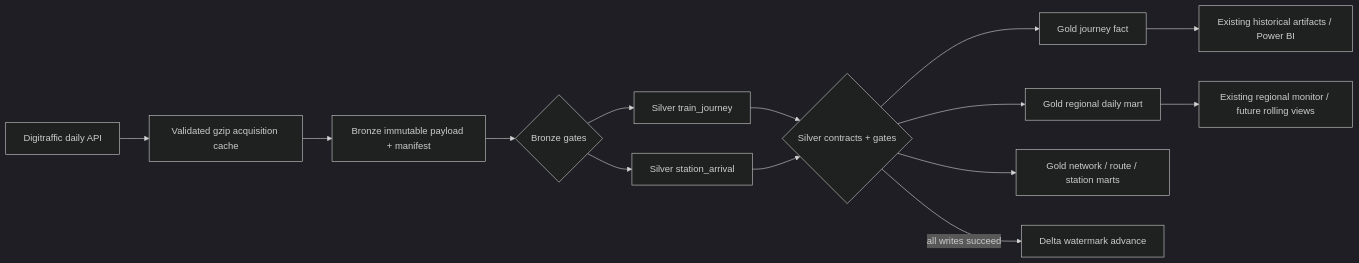
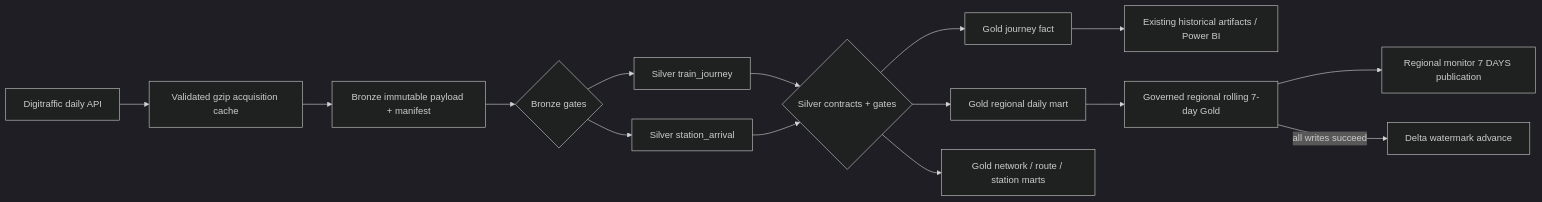
Before and after one commit to Sintagmatarches/applied-ai-lab: the diagram in docs/rail/data-platform.md, drawn with Mermaid (dark theme). The commit also changed other lines of this file and 41 other files, not shown here.

Commit message:
feat(rail): govern regional operations and rolling 7d

````diff
--- a/docs/rail/data-platform.md
+++ b/docs/rail/data-platform.md
@@ -16,16 +16,17 @@
 ```mermaid
 flowchart LR
   D["Digitraffic daily API"] --> C["Validated gzip acquisition cache"]
   C --> B["Bronze immutable payload + manifest"]
   B --> Q1{"Bronze gates"}
   Q1 --> S1["Silver train_journey"]
   Q1 --> S2["Silver station_arrival"]
   S1 --> Q2{"Silver contracts + gates"}
   S2 --> Q2
   Q2 --> G1["Gold journey fact"]
   Q2 --> G2["Gold regional daily mart"]
   Q2 --> G3["Gold network / route / station marts"]
   G1 --> P["Existing historical artifacts / Power BI"]
-  G2 --> M["Existing regional monitor / future rolling views"]
-  Q2 -->|"all writes succeed"| W["Delta watermark advance"]
+  G2 --> R7["Governed regional rolling 7-day Gold"]
+  R7 --> M["Regional monitor 7 DAYS publication"]
+  R7 -->|"all writes succeed"| W["Delta watermark advance"]
 ```
````
